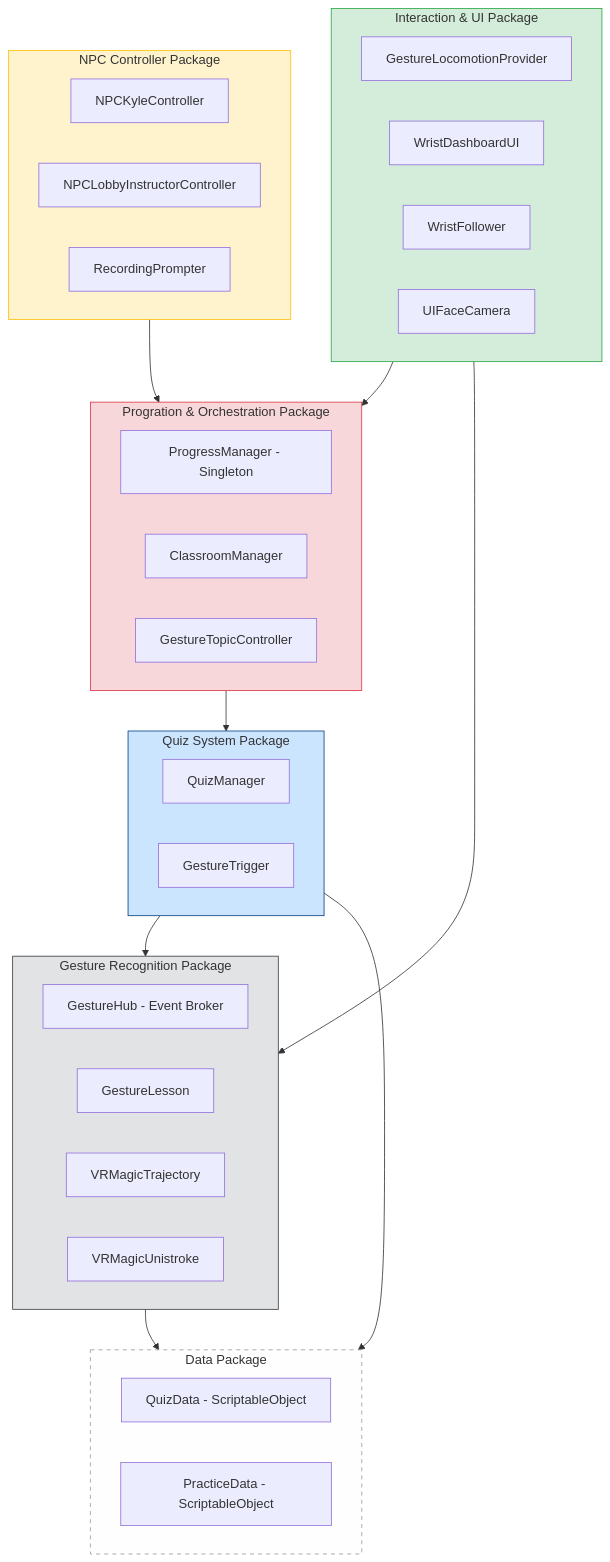
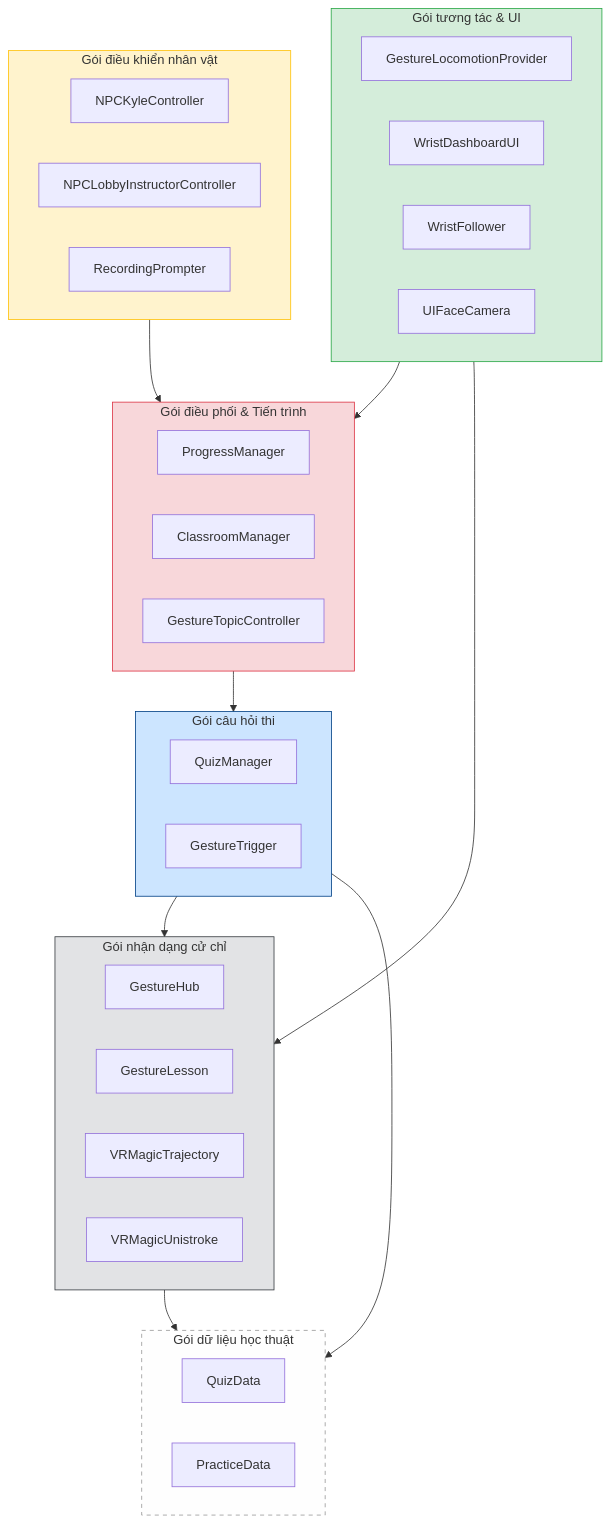
The first of 6 diagrams in docs/DATN/12-Chương_5_Các_giải_pháp_và_đóng_góp_nổi_bật.md (MinhTrinh04/ASL), drawn with Mermaid before and after one commit. The commit also changed other lines of this file, not shown here.

````diff
--- a/docs/DATN/12-Chương_5_Các_giải_pháp_và_đóng_góp_nổi_bật.md
+++ b/docs/DATN/12-Chương_5_Các_giải_pháp_và_đóng_góp_nổi_bật.md
@@ -25,55 +25,55 @@
 ```mermaid
 graph TD
     %% Định nghĩa các gói chính
-    subgraph InteractionLocomotion_Package [Interaction & UI Package]
+    subgraph InteractionLocomotion_Package [Gói tương tác & UI]
         loc[GestureLocomotionProvider]
         wrist[WristDashboardUI]
         follow[WristFollower]
         face[UIFaceCamera]
     end
 
-    subgraph NPC_Package [NPC Controller Package]
+    subgraph NPC_Package [Gói điều khiển nhân vật]
         kyle[NPCKyleController]
         lobby[NPCLobbyInstructorController]
         prompter[RecordingPrompter]
     end
 
-    subgraph Orchestration_Package [Progration & Orchestration Package]
-        progress[ProgressManager - Singleton]
+    subgraph Orchestration_Package [Gói điều phối & Tiến trình]
+        progress[ProgressManager]
         classroom[ClassroomManager]
         topic[GestureTopicController]
     end
 
-    subgraph QuizSystem_Package [Quiz System Package]
+    subgraph QuizSystem_Package [Gói câu hỏi thi]
         quiz[QuizManager]
         trigger[GestureTrigger]
     end
 
-    subgraph GestureRecognition_Package [Gesture Recognition Package]
-        hub[GestureHub - Event Broker]
+    subgraph GestureRecognition_Package [Gói nhận dạng cử chỉ]
+        hub[GestureHub]
         lesson[GestureLesson]
         traj[VRMagicTrajectory]
         uni[VRMagicUnistroke]
     end
 
-    subgraph Data_Package [Data Package]
-        qdata[QuizData - ScriptableObject]
-        pdata[PracticeData - ScriptableObject]
+    subgraph Data_Package [Gói dữ liệu học thuật]
+        qdata[QuizData]
+        pdata[PracticeData]
     end
 
     %% Mối quan hệ phụ thuộc
     InteractionLocomotion_Package --> Orchestration_Package
     InteractionLocomotion_Package --> GestureRecognition_Package
     NPC_Package --> Orchestration_Package
     Orchestration_Package --> QuizSystem_Package
     QuizSystem_Package --> GestureRecognition_Package
     QuizSystem_Package --> Data_Package
     GestureRecognition_Package --> Data_Package
 
     style InteractionLocomotion_Package fill:#d4edda,stroke:#28a745,stroke-width:1px;
     style NPC_Package fill:#fff3cd,stroke:#ffc107,stroke-width:1px;
     style Orchestration_Package fill:#f8d7da,stroke:#dc3545,stroke-width:1px;
     style QuizSystem_Package fill:#cce5ff,stroke:#004085,stroke-width:1px;
     style GestureRecognition_Package fill:#e2e3e5,stroke:#383d41,stroke-width:1px;
     style Data_Package fill:#fefefe,stroke:#999,stroke-width:1px,stroke-dasharray: 5 5;
 ```
````
